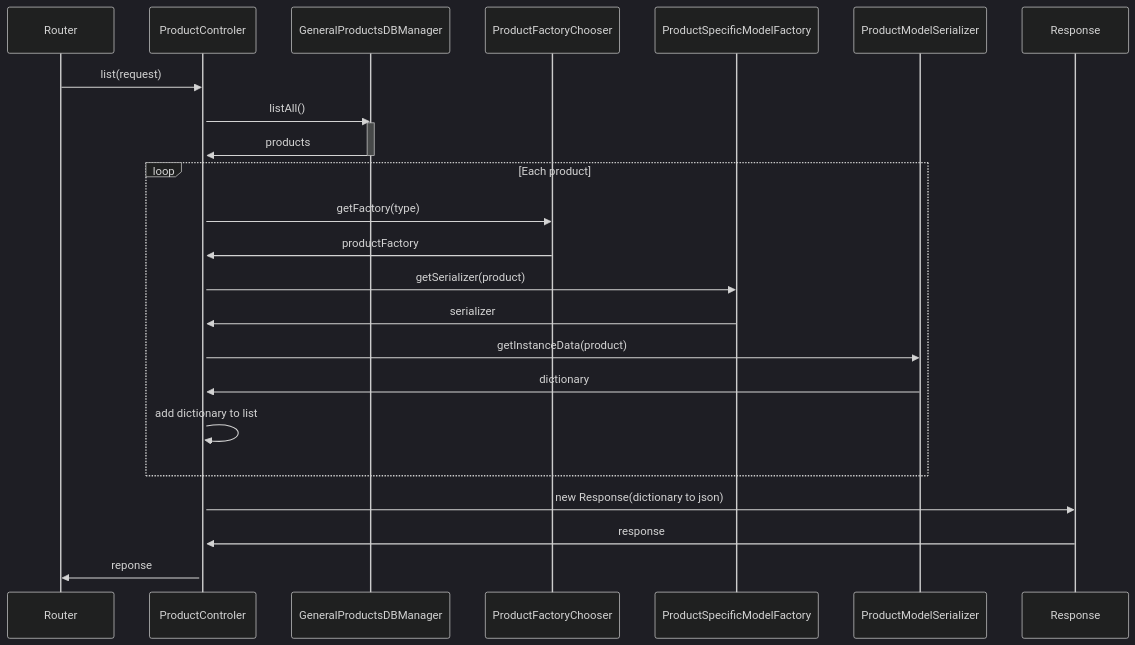
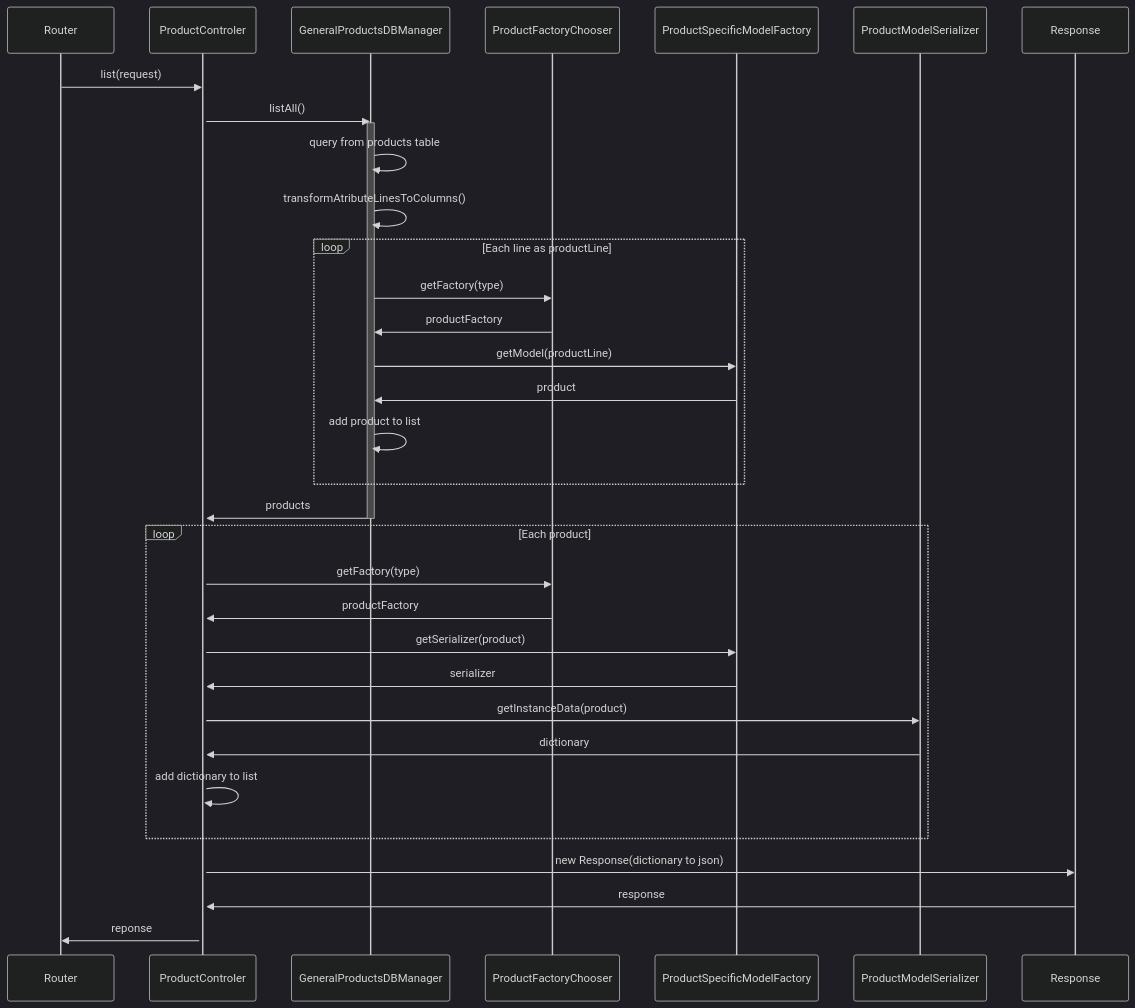
Before and after one commit to laercioigorps/scandiweb-awesome-ecommerce-backend: the diagram in docs/listProductsSequence.md, drawn with Mermaid (dark theme).

Commit message:
update list sequence

````diff
--- a/docs/listProductsSequence.md
+++ b/docs/listProductsSequence.md
@@ -1,28 +1,41 @@
 ```mermaid
 
 sequenceDiagram
     Router->>ProductControler : list(request)
     activate ProductControler
-
+    
     ProductControler->>GeneralProductsDBManager : listAll()
     activate GeneralProductsDBManager
+
+    GeneralProductsDBManager->>GeneralProductsDBManager : query from products table
+
+    GeneralProductsDBManager->>GeneralProductsDBManager : transformAtributeLinesToColumns()
+
+    loop Each line as productLine
+        GeneralProductsDBManager->>ProductFactoryChooser : getFactory(type)
+        ProductFactoryChooser->>GeneralProductsDBManager : productFactory
+
+        GeneralProductsDBManager ->> ProductSpecificModelFactory : getModel(productLine)
+        ProductSpecificModelFactory ->> GeneralProductsDBManager : product
+        GeneralProductsDBManager->>GeneralProductsDBManager : add product to list
+    end
     GeneralProductsDBManager->>ProductControler : products
     deactivate GeneralProductsDBManager
 
 
     loop Each product
         ProductControler->>ProductFactoryChooser : getFactory(type)
         ProductFactoryChooser->>ProductControler : productFactory
         ProductControler->>ProductSpecificModelFactory : getSerializer(product)
         ProductSpecificModelFactory->>ProductControler : serializer
 
         ProductControler->>ProductModelSerializer : getInstanceData(product)
         ProductModelSerializer->>ProductControler : dictionary
         ProductControler->>ProductControler : add dictionary to list
     end
     ProductControler->>Response : new Response(dictionary to json)
     Response->>ProductControler : response
     ProductControler->>Router : reponse
 
 
 ```
````
